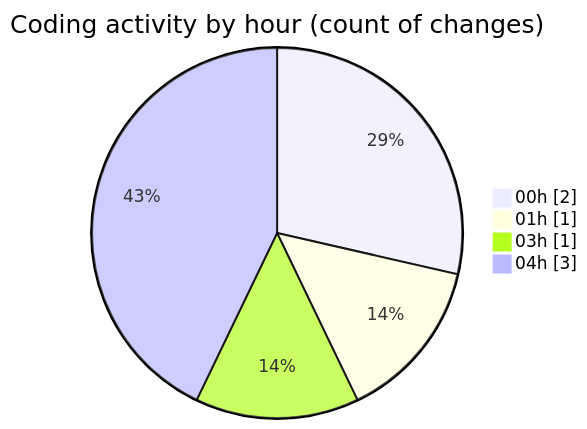
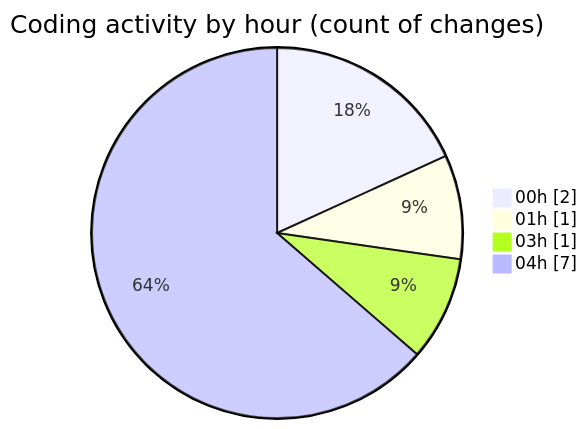
Before and after one commit to julien-gomy/code-tracking: the second of 2 diagrams in 2025-11-14/eventscop-api-guide__workspace_/README.md, drawn with Mermaid. The commit also changed other lines of this file and 1 other file, not shown here.

````diff
--- a/2025-11-14/eventscop-api-guide__workspace_/README.md
+++ b/2025-11-14/eventscop-api-guide__workspace_/README.md
@@ -32,8 +32,8 @@
 ```mermaid
 pie showData
 title Coding activity by hour (count of changes)
 "00h" : 2
 "01h" : 1
 "03h" : 1
-"04h" : 3
+"04h" : 7
 ```
````
